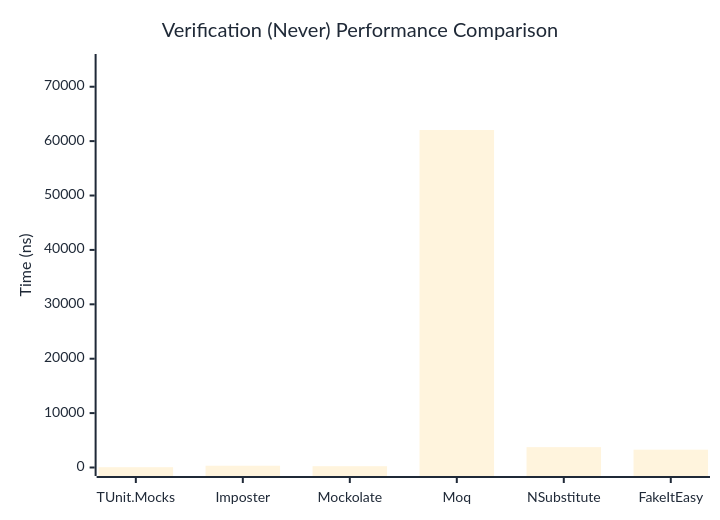
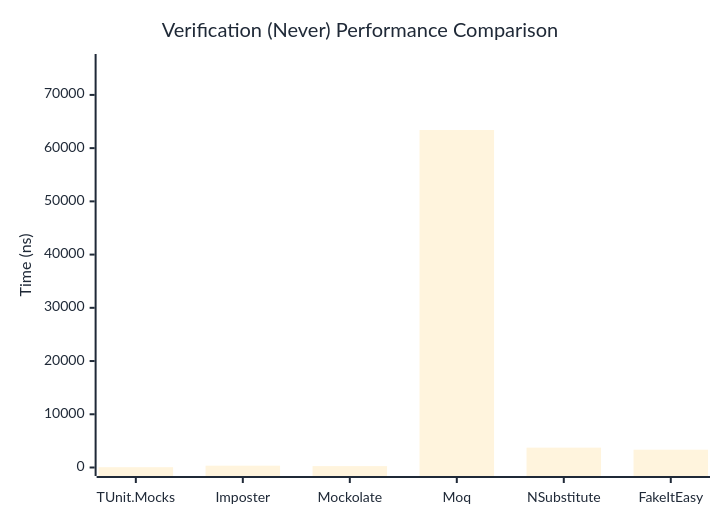
The second of 3 diagrams in docs/docs/benchmarks/mocks/Verification.md (thomhurst/TUnit), drawn with Mermaid before and after one commit. The commit also changed other lines of this file and 14 other files, not shown here.

````diff
--- a/docs/docs/benchmarks/mocks/Verification.md
+++ b/docs/docs/benchmarks/mocks/Verification.md
@@ -71,27 +71,27 @@
 ```mermaid
 %%{init: {
   'theme':'base',
   'themeVariables': {
     'primaryColor': '#2563eb',
     'primaryTextColor': '#1f2937',
     'primaryBorderColor': '#1e40af',
     'lineColor': '#6b7280',
     'secondaryColor': '#7c3aed',
     'tertiaryColor': '#dc2626',
     'background': '#ffffff',
     'pie1': '#2563eb',
     'pie2': '#7c3aed',
     'pie3': '#dc2626',
     'pie4': '#f59e0b',
     'pie5': '#10b981',
     'pie6': '#06b6d4',
     'pie7': '#ec4899',
     'pie8': '#6366f1'
   }
 }}%%
 xychart-beta
   title "Verification (Never) Performance Comparison"
   x-axis ["TUnit.Mocks", "Imposter", "Mockolate", "Moq", "NSubstitute", "FakeItEasy"]
-  y-axis "Time (ns)" 0 --> 74454
-  bar [55.62, 326.62, 242.68, 62044.29, 3744.85, 3275.73]
+  y-axis "Time (ns)" 0 --> 76089
+  bar [56.32, 340.51, 262.81, 63407.47, 3728.92, 3342.84]
 ```
````
